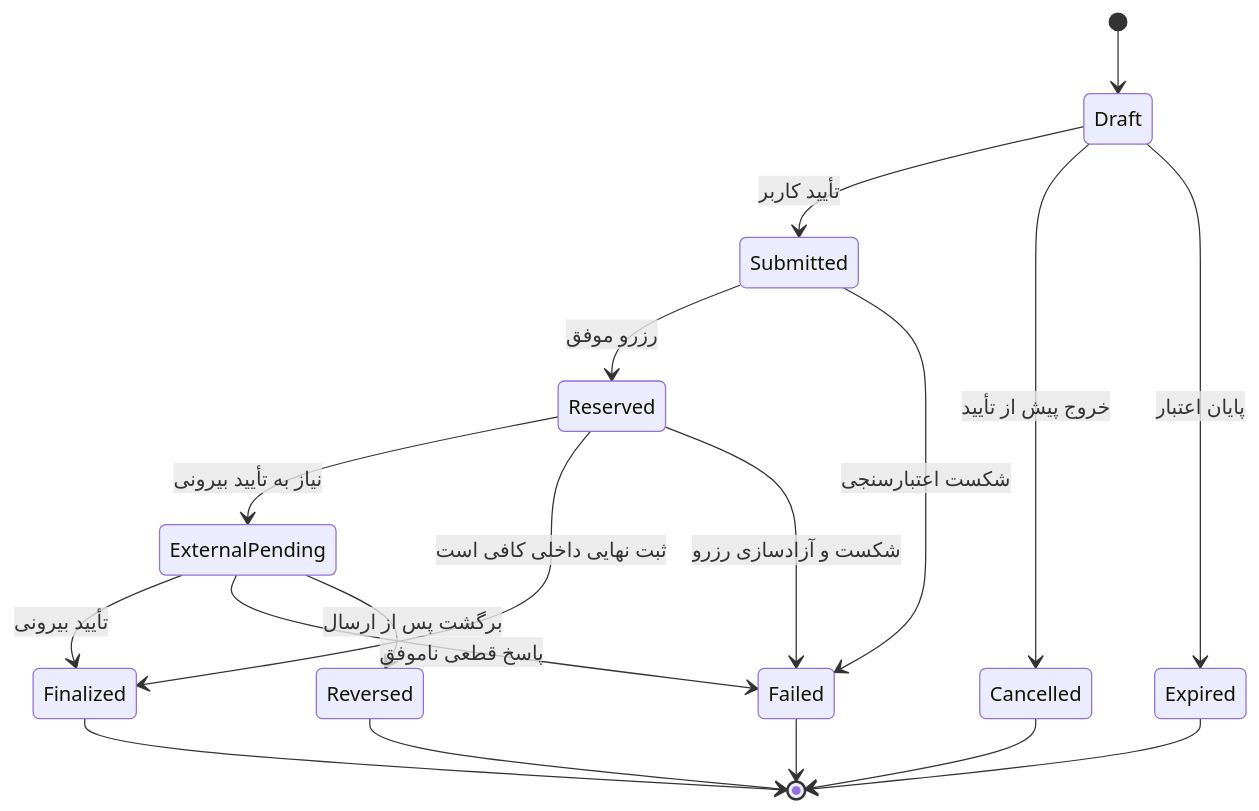
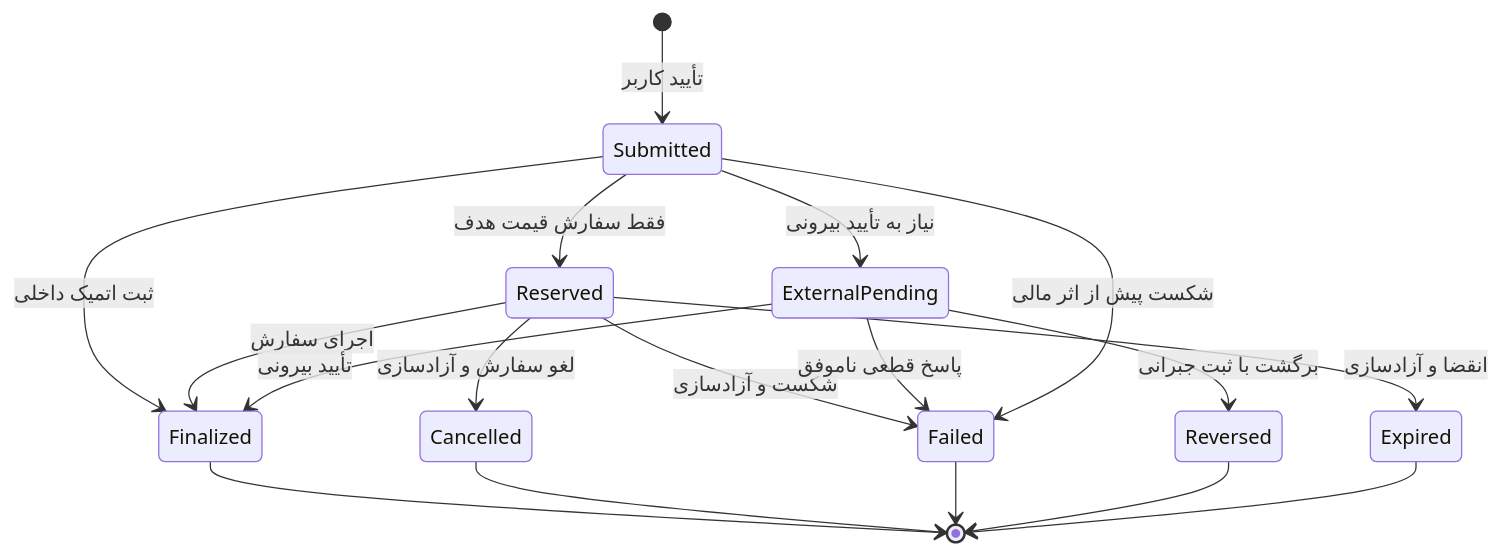
One commit to alienxxcreatur/shemsh-gold changed the second of 2 diagrams in 03-product-model/domain-model.md. Above: the diagram before and after it, drawn with Mermaid. The commit also changed other lines of this file and 25 other files, not shown here.

````diff
--- a/03-product-model/domain-model.md
+++ b/03-product-model/domain-model.md
@@ -228,20 +241,20 @@
 ```mermaid
 stateDiagram-v2
-    [*] --> Draft
-    Draft --> Submitted: تأیید کاربر
-    Submitted --> Reserved: رزرو موفق
-    Reserved --> ExternalPending: نیاز به تأیید بیرونی
-    Reserved --> Finalized: ثبت نهایی داخلی کافی است
+    [*] --> Submitted: تأیید کاربر
+    Submitted --> Reserved: فقط سفارش قیمت هدف
+    Submitted --> ExternalPending: نیاز به تأیید بیرونی
+    Submitted --> Finalized: ثبت اتمیک داخلی
+    Reserved --> Finalized: اجرای سفارش
+    Reserved --> Cancelled: لغو سفارش و آزادسازی
+    Reserved --> Expired: انقضا و آزادسازی
+    Reserved --> Failed: شکست و آزادسازی
     ExternalPending --> Finalized: تأیید بیرونی
-    Draft --> Cancelled: خروج پیش از تأیید
-    Submitted --> Failed: شکست اعتبارسنجی
-    Reserved --> Failed: شکست و آزادسازی رزرو
     ExternalPending --> Failed: پاسخ قطعی ناموفق
-    ExternalPending --> Reversed: برگشت پس از ارسال
-    Draft --> Expired: پایان اعتبار
+    ExternalPending --> Reversed: برگشت با ثبت جبرانی
+    Submitted --> Failed: شکست پیش از اثر مالی
     Finalized --> [*]
     Cancelled --> [*]
     Failed --> [*]
     Reversed --> [*]
     Expired --> [*]
 ```
````
